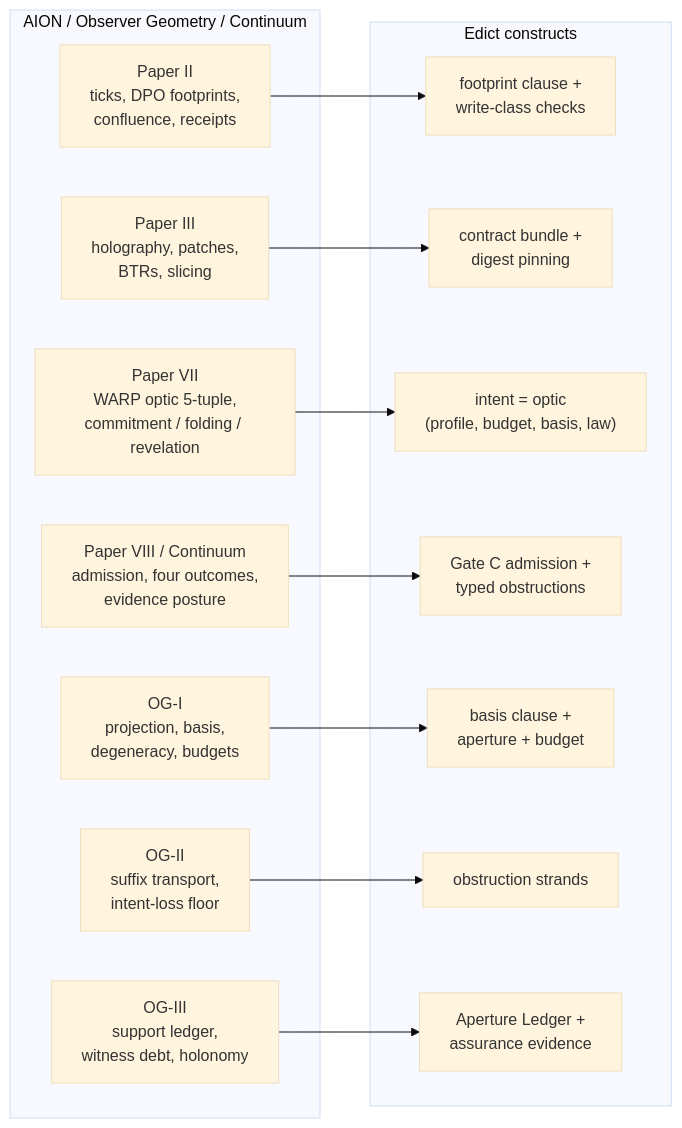
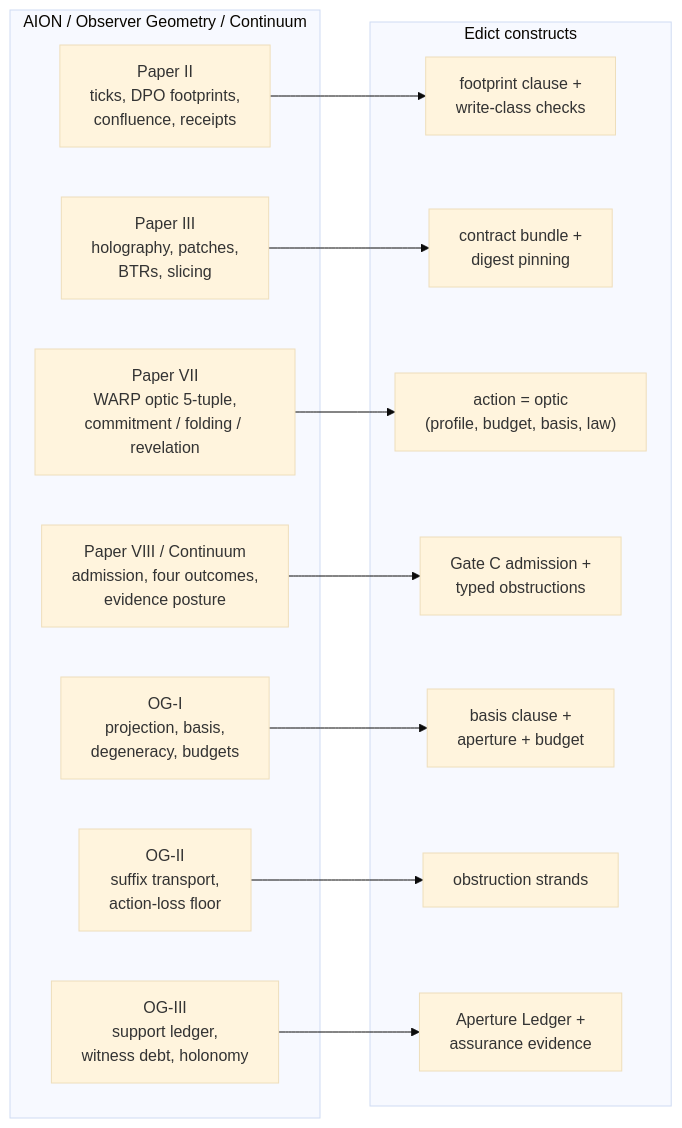
One commit to flyingrobots/edict changed diagram 14 of 15 in EDICT.md. Above: the diagram before and after it, drawn with Mermaid (base theme). The commit also changed other lines of this file and 107 other files, not shown here.

First line of the commit message:
Refactor: Rename Intent to Action workspace-wide

````diff
--- a/EDICT.md
+++ b/EDICT.md
@@ -803,28 +803,28 @@
 ```mermaid
 flowchart LR
     subgraph Theory["AION / Observer Geometry / Continuum"]
         P2["Paper II<br/>ticks, DPO footprints,<br/>confluence, receipts"]
         P3["Paper III<br/>holography, patches,<br/>BTRs, slicing"]
         P7["Paper VII<br/>WARP optic 5-tuple,<br/>commitment / folding / revelation"]
         P8["Paper VIII / Continuum<br/>admission, four outcomes,<br/>evidence posture"]
         OG1["OG-I<br/>projection, basis,<br/>degeneracy, budgets"]
-        OG2["OG-II<br/>suffix transport,<br/>intent-loss floor"]
+        OG2["OG-II<br/>suffix transport,<br/>action-loss floor"]
         OG3["OG-III<br/>support ledger,<br/>witness debt, holonomy"]
     end
     subgraph Edict["Edict constructs"]
         FP["footprint clause +<br/>write-class checks"]
         CB["contract bundle +<br/>digest pinning"]
-        INT["intent = optic<br/>(profile, budget, basis, law)"]
+        INT["action = optic<br/>(profile, budget, basis, law)"]
         ADM["Gate C admission +<br/>typed obstructions"]
         BAS["basis clause +<br/>aperture + budget"]
         OBS["obstruction strands"]
         AL["Aperture Ledger +<br/>assurance evidence"]
     end
     P2 --> FP
     P3 --> CB
     P7 --> INT
     P8 --> ADM
     OG1 --> BAS
     OG2 --> OBS
     OG3 --> AL
 ```
````
